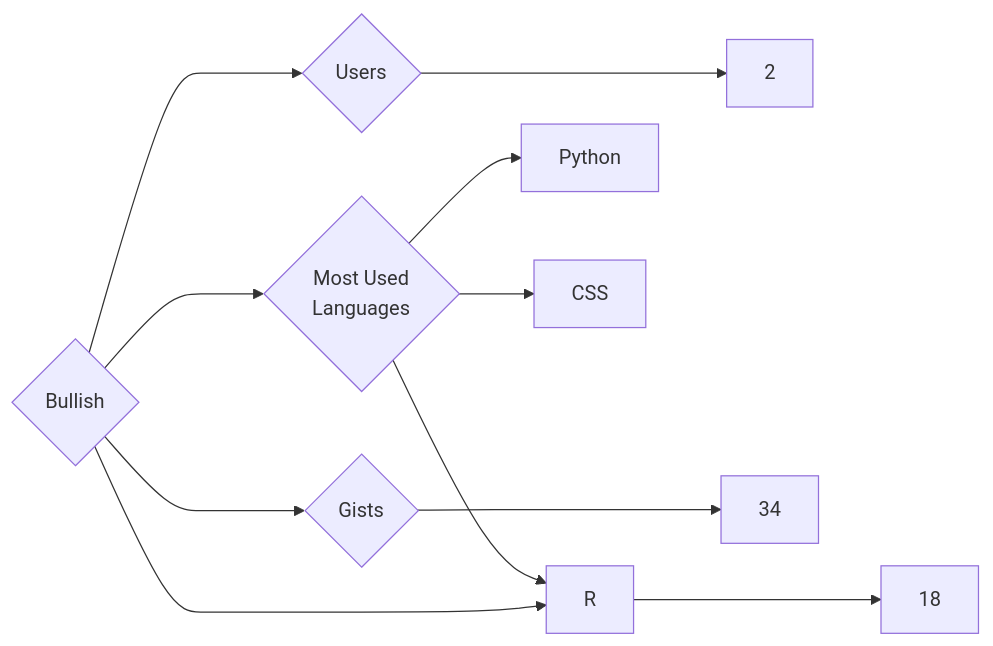
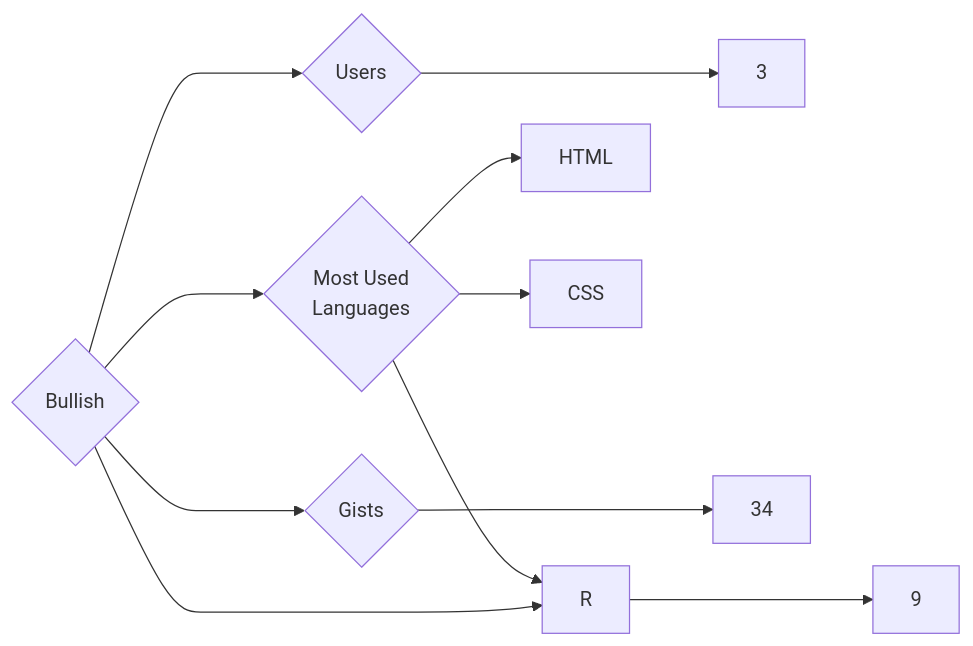
One commit to trickest/insiders changed the diagram in targets/Bullish/README.md. Above: the diagram before and after it, drawn with Mermaid. The commit also changed 724 other files, not shown here.

````diff
--- a/targets/Bullish/README.md
+++ b/targets/Bullish/README.md
@@ -3,11 +3,11 @@
 ```mermaid
 graph LR
 COMPANY_NAME{Bullish}
-COMPANY_NAME ---> U{Users} ---> UN[2]
-COMPANY_NAME ---> R{Repositories} ---> RN[18]
+COMPANY_NAME ---> U{Users} ---> UN[3]
+COMPANY_NAME ---> R{Repositories} ---> RN[9]
 COMPANY_NAME ---> G{Gists} ---> GN[34]
 COMPANY_NAME ---> ML{Most Used<br>Languages}
-ML --> Python[Python]
+ML --> HTML[HTML]
 ML --> R[R]
 ML --> CSS[CSS]
 ```
````
